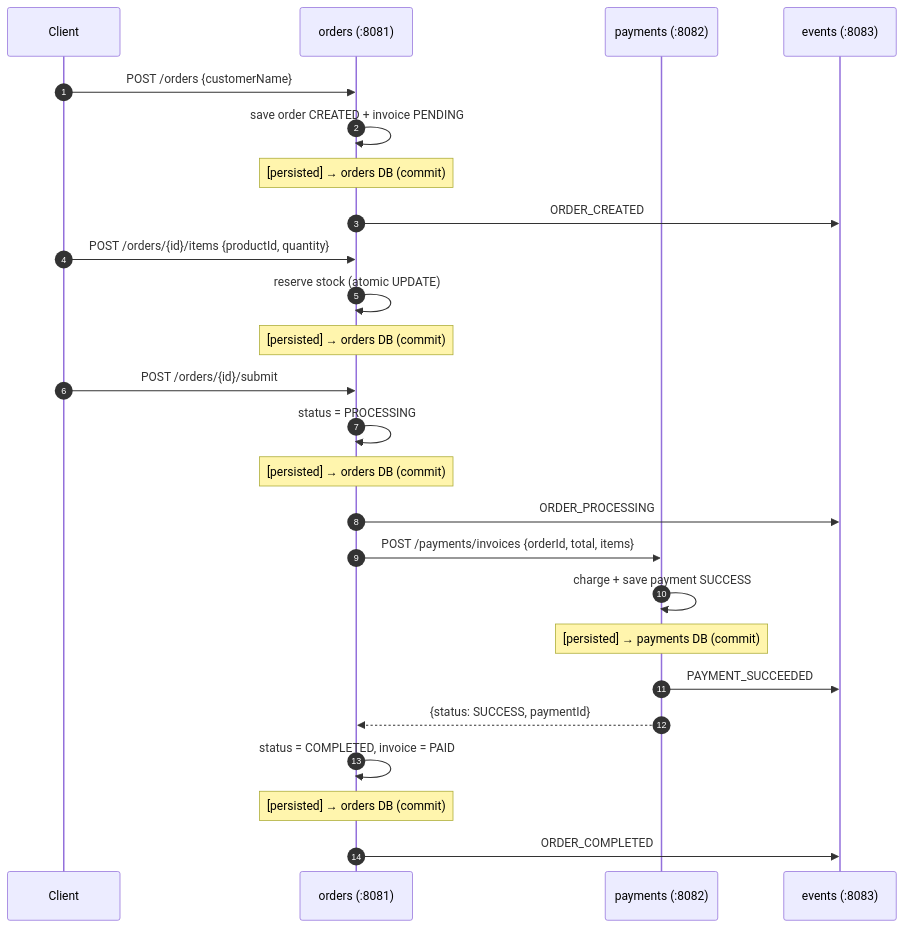
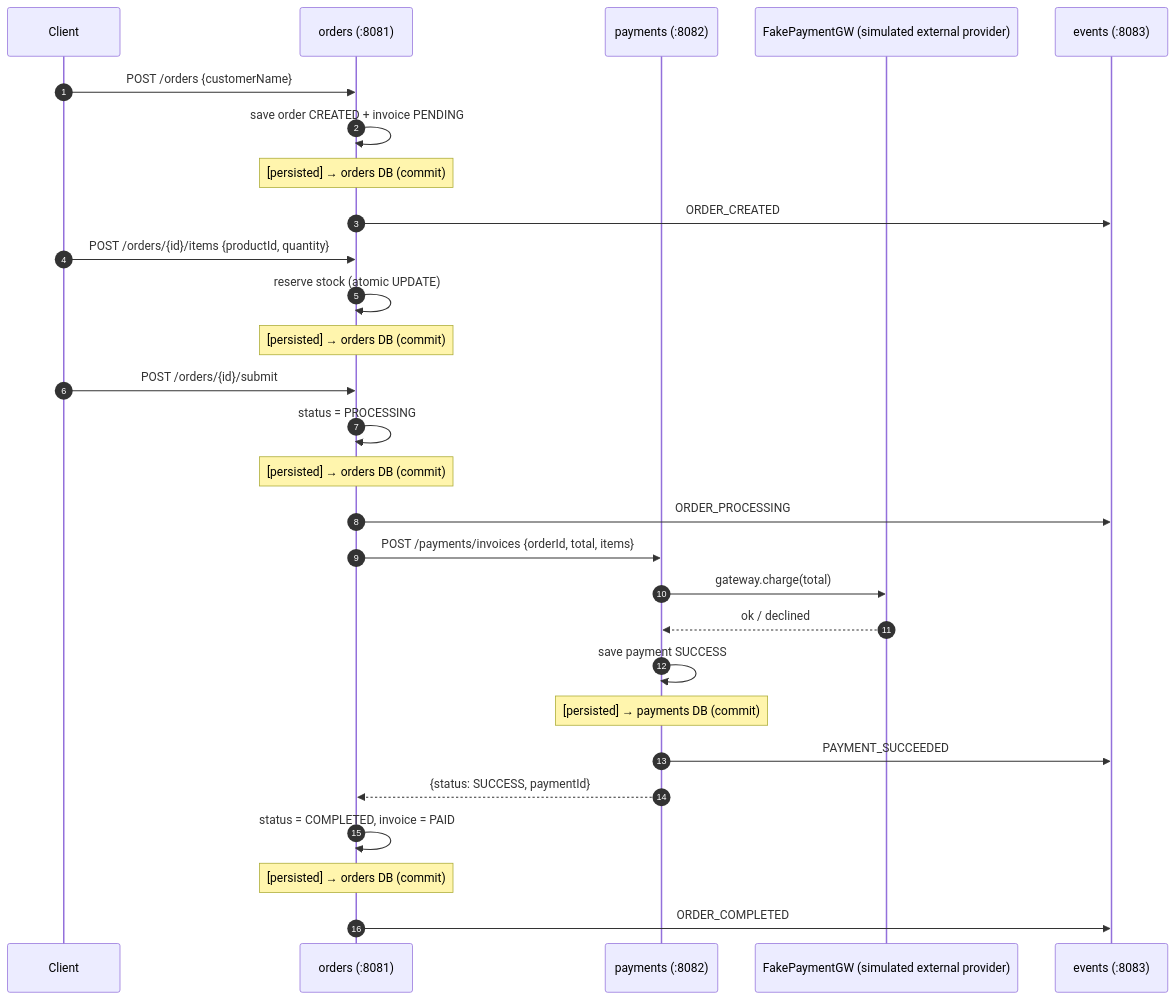
Before and after one commit to gdiazs/sagas-example: the first of 3 diagrams in README.md, drawn with Mermaid. The commit also changed other lines of this file, not shown here.

Commit message:
make simulated external payment provider explicit in docs

````diff
--- a/README.md
+++ b/README.md
@@ -31,28 +37,31 @@
 ```mermaid
 sequenceDiagram
     autonumber
     participant C as Client
     participant O as orders (:8081)
     participant P as payments (:8082)
+    participant G as FakePaymentGW (simulated external provider)
     participant E as events (:8083)
 
     C->>O: POST /orders {customerName}
     O->>O: save order CREATED + invoice PENDING
     Note over O: [persisted] → orders DB (commit)
     O->>E: ORDER_CREATED
     C->>O: POST /orders/{id}/items {productId, quantity}
     O->>O: reserve stock (atomic UPDATE)
     Note over O: [persisted] → orders DB (commit)
     C->>O: POST /orders/{id}/submit
     O->>O: status = PROCESSING
     Note over O: [persisted] → orders DB (commit)
     O->>E: ORDER_PROCESSING
     O->>P: POST /payments/invoices {orderId, total, items}
-    P->>P: charge + save payment SUCCESS
+    P->>G: gateway.charge(total)
+    G-->>P: ok / declined
+    P->>P: save payment SUCCESS
     Note over P: [persisted] → payments DB (commit)
     P->>E: PAYMENT_SUCCEEDED
     P-->>O: {status: SUCCESS, paymentId}
     O->>O: status = COMPLETED, invoice = PAID
     Note over O: [persisted] → orders DB (commit)
     O->>E: ORDER_COMPLETED
 ```
````
